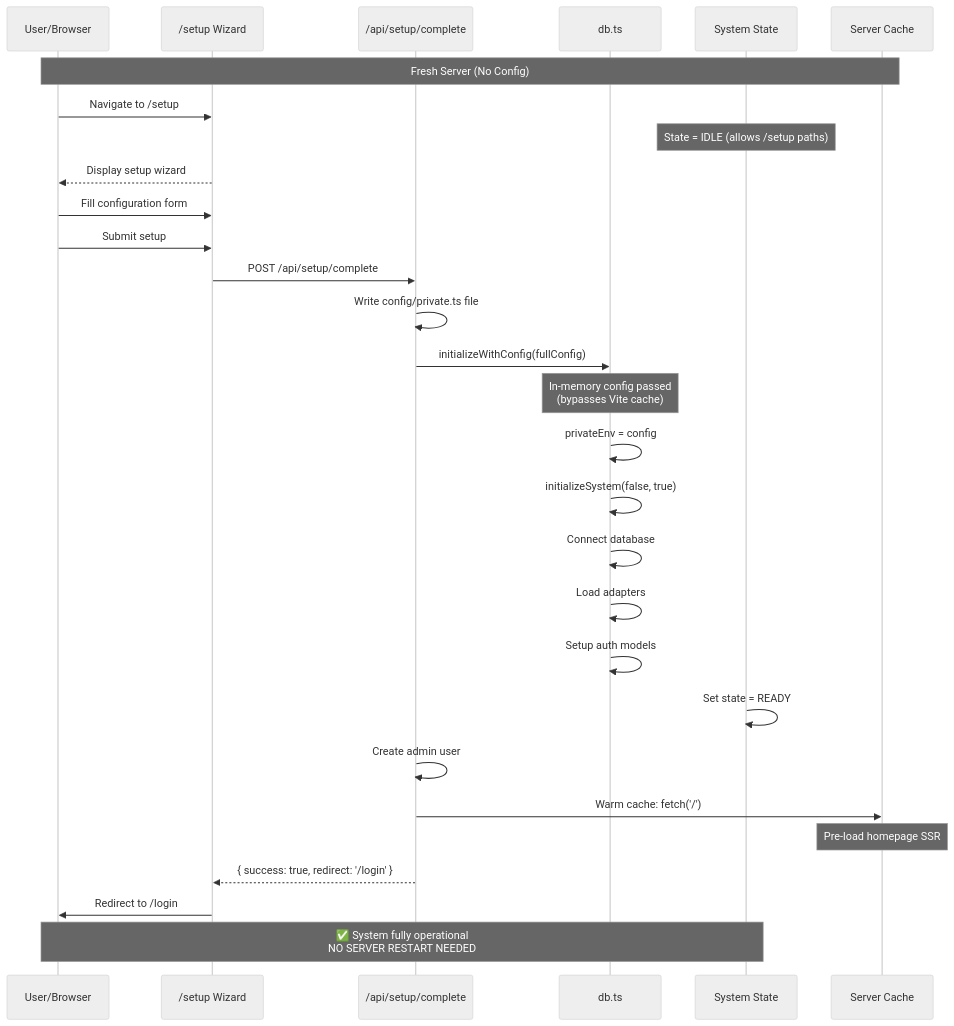
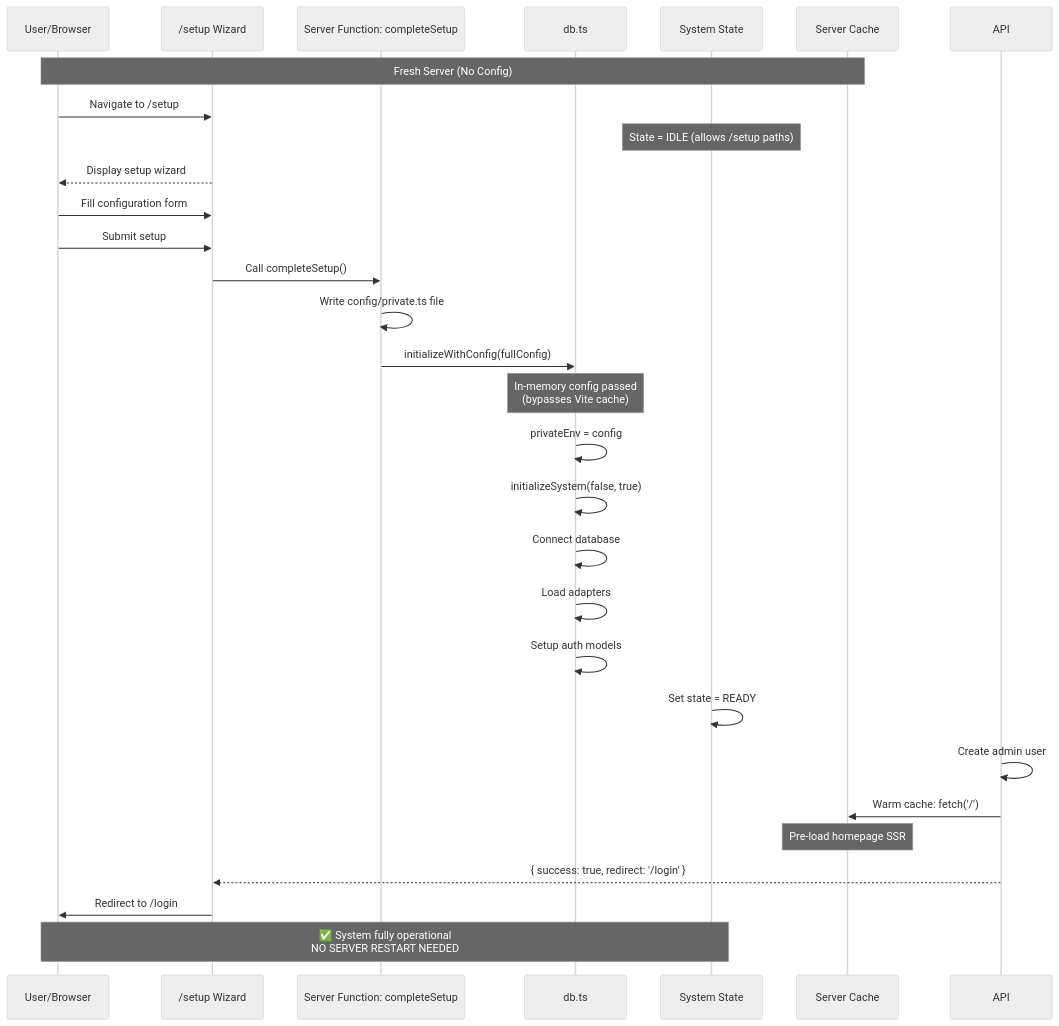
One commit to SveltyCMS/SveltyCMS changed the second of 2 diagrams in docs/architecture/server-hooks.mdx. Above: the diagram before and after it, drawn with Mermaid (neutral theme). The commit also changed other lines of this file and 90 other files, not shown here.

Commit message:
feat: refactor setup wizard to use SvelteKit Server Actions and detect redis-server, consolidating setup logic and enhancing type safety and performance.

````diff
--- a/docs/architecture/server-hooks.mdx
+++ b/docs/architecture/server-hooks.mdx
@@ -148,39 +150,39 @@
 ```mermaid
 sequenceDiagram
     participant User as User/Browser
     participant Setup as /setup Wizard
-    participant API as /api/setup/complete
+    participant SF as Server Function: completeSetup
     participant DB as db.ts
     participant State as System State
     participant Cache as Server Cache
 
     Note over User,Cache: Fresh Server (No Config)
 
     User->>Setup: Navigate to /setup
     Note over State: State = IDLE (allows /setup paths)
     Setup-->>User: Display setup wizard
 
     User->>Setup: Fill configuration form
     User->>Setup: Submit setup
 
-    Setup->>API: POST /api/setup/complete
-    API->>API: Write config/private.ts file
-    API->>DB: initializeWithConfig(fullConfig)
+    Setup->>SF: Call completeSetup()
+    SF->>SF: Write config/private.ts file
+    SF->>DB: initializeWithConfig(fullConfig)
     Note over DB: In-memory config passed<br/>(bypasses Vite cache)
 
     DB->>DB: privateEnv = config
     DB->>DB: initializeSystem(false, true)
     DB->>DB: Connect database
     DB->>DB: Load adapters
     DB->>DB: Setup auth models
     State->>State: Set state = READY
 
     API->>API: Create admin user
     API->>Cache: Warm cache: fetch('/')
     Note over Cache: Pre-load homepage SSR
 
     API-->>Setup: { success: true, redirect: '/login' }
     Setup->>User: Redirect to /login
 
     Note over User,State: ✅ System fully operational<br/>NO SERVER RESTART NEEDED
 ```
````
